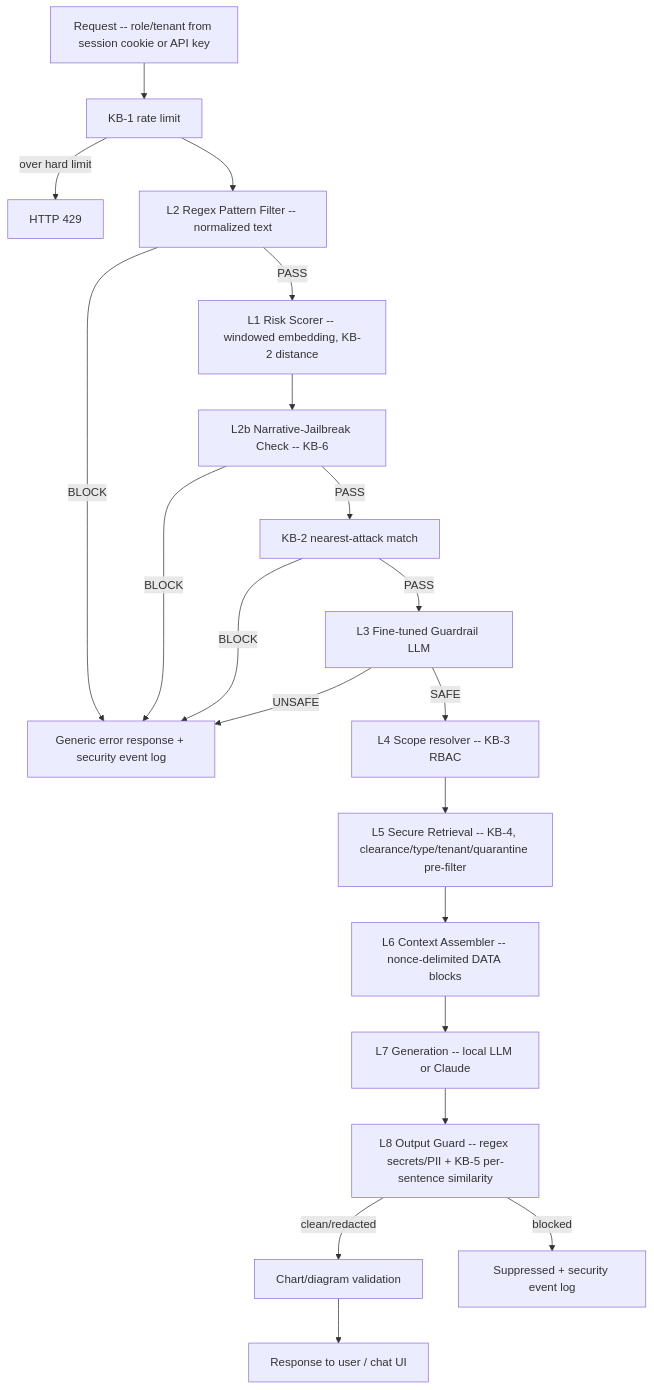
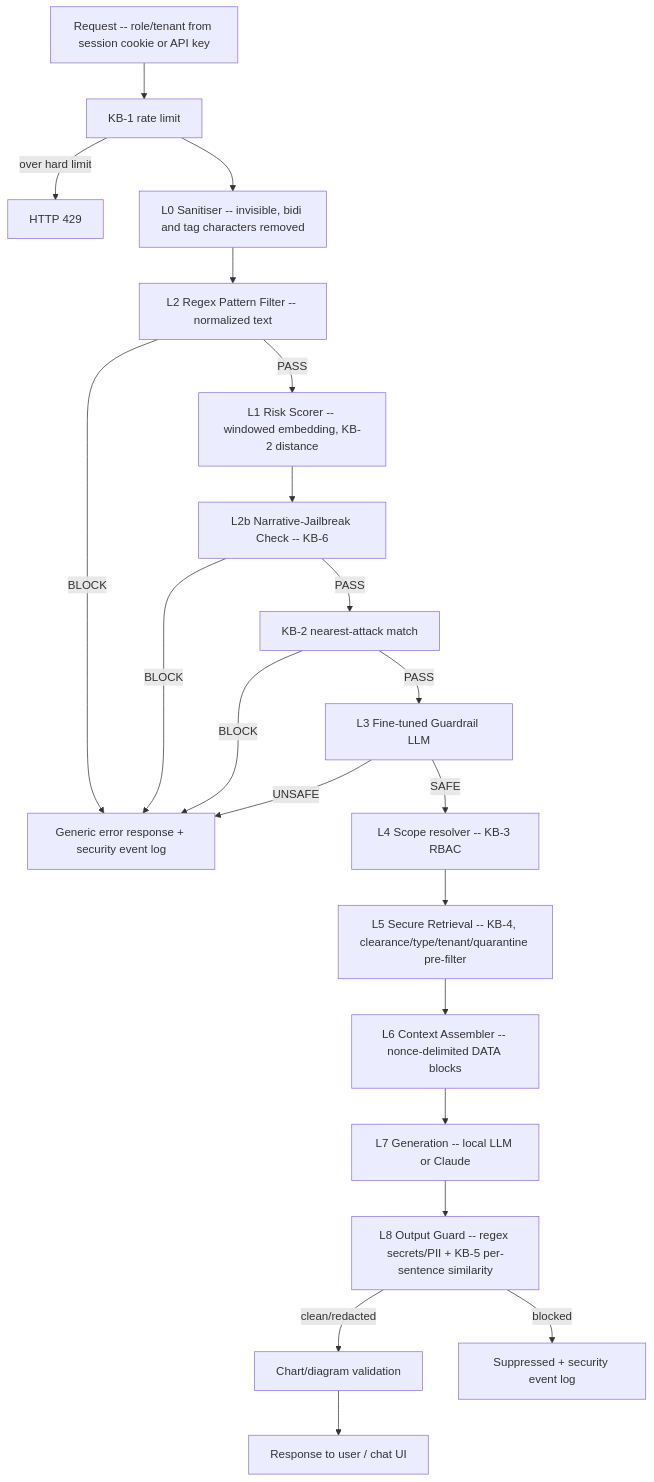
The diagram in README.md (Arittroskr32/RAG-support-assistant), drawn with Mermaid before and after one commit. The commit also changed other lines of this file and 10 other files, not shown here.

First line of the commit message:
Sanitise invisible characters before detectors and generation (L0)

````diff
--- a/README.md
+++ b/README.md
@@ -32,22 +32,23 @@
 ```mermaid
 flowchart TD
     A[Request -- role/tenant from session cookie or API key] --> R[KB-1 rate limit]
     R -->|over hard limit| Z[HTTP 429]
-    R --> L2[L2 Regex Pattern Filter -- normalized text]
+    R --> L0[L0 Sanitiser -- invisible, bidi and tag characters removed]
+    L0 --> L2[L2 Regex Pattern Filter -- normalized text]
     L2 -->|BLOCK| X[Generic error response + security event log]
     L2 -->|PASS| L1[L1 Risk Scorer -- windowed embedding, KB-2 distance]
     L1 --> L2b[L2b Narrative-Jailbreak Check -- KB-6]
     L2b -->|BLOCK| X
     L2b -->|PASS| K2[KB-2 nearest-attack match]
     K2 -->|BLOCK| X
     K2 -->|PASS| L3[L3 Fine-tuned Guardrail LLM]
     L3 -->|UNSAFE| X
     L3 -->|SAFE| L4[L4 Scope resolver -- KB-3 RBAC]
     L4 --> L5[L5 Secure Retrieval -- KB-4, clearance/type/tenant/quarantine pre-filter]
     L5 --> L6[L6 Context Assembler -- nonce-delimited DATA blocks]
     L6 --> L7[L7 Generation -- local LLM or Claude]
     L7 --> L8[L8 Output Guard -- regex secrets/PII + KB-5 per-sentence similarity]
     L8 -->|clean/redacted| RV[Chart/diagram validation]
     RV --> U[Response to user / chat UI]
     L8 -->|blocked| Y[Suppressed + security event log]
 ```
````
